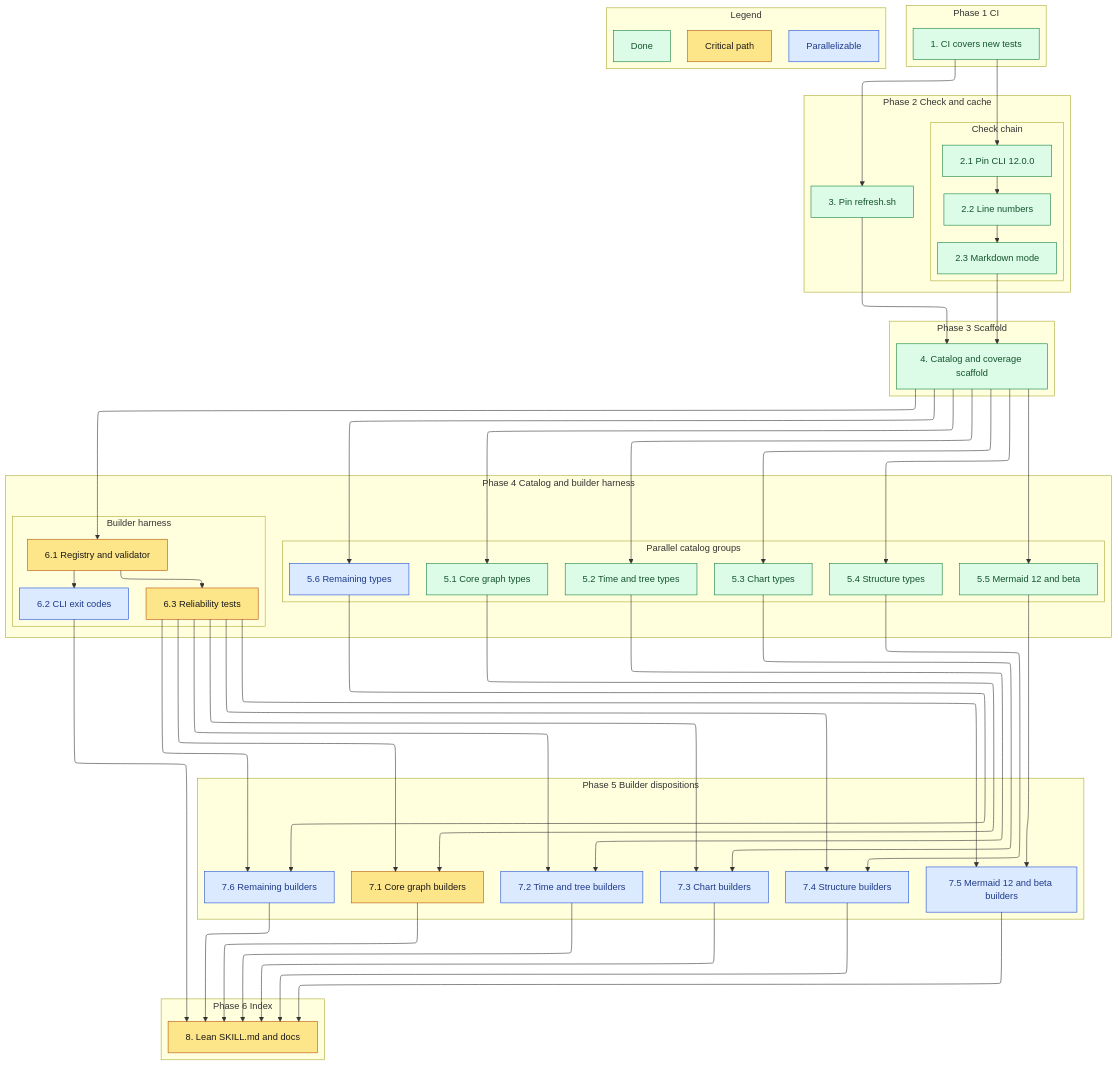
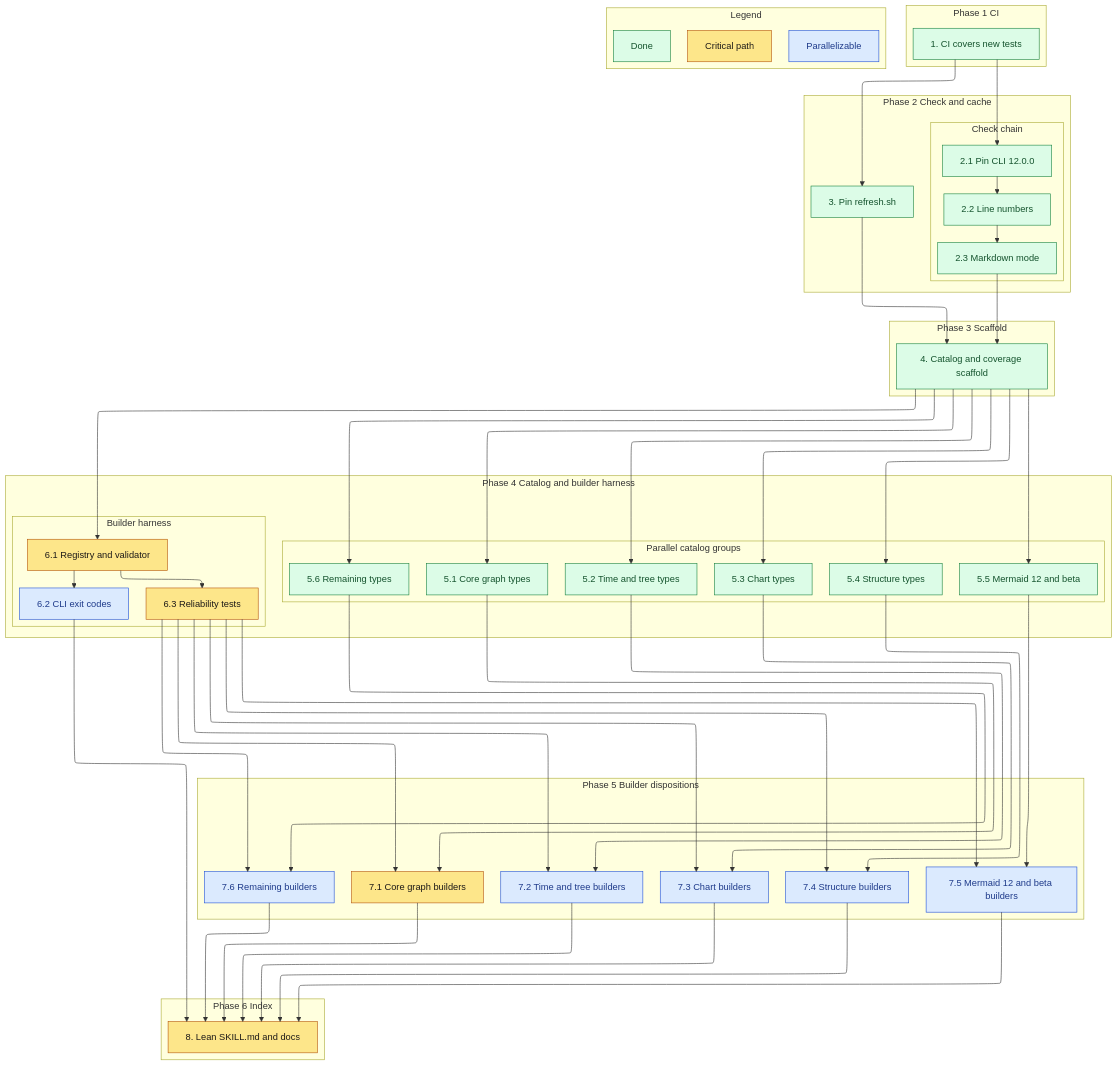
Before and after one commit to sohampatwardhan/mermaid-skill: the diagram in .kiro/specs/mermaid-catalog/tasks.md, drawn with Mermaid. The commit also changed other lines of this file and 6 other files, not shown here.

````diff
--- a/.kiro/specs/mermaid-catalog/tasks.md
+++ b/.kiro/specs/mermaid-catalog/tasks.md
@@ -94,7 +94,7 @@
   classDef critical fill:#fde68a,stroke:#b45309,color:#1c1917
   classDef parallel fill:#dbeafe,stroke:#1d4ed8,color:#1e3a8a
   classDef done fill:#dcfce7,stroke:#15803d,color:#14532d
-  class t1,t2_1,t2_2,t2_3,t3,t4,t5_1,t5_2,t5_3,t5_4,t5_5,ld done
+  class t1,t2_1,t2_2,t2_3,t3,t4,t5_1,t5_2,t5_3,t5_4,t5_5,t5_6,ld done
   class t6_1,t6_3,t7_1,t8,lc critical
-  class t5_6,t6_2,t7_2,t7_3,t7_4,t7_5,t7_6,lp parallel
+  class t6_2,t7_2,t7_3,t7_4,t7_5,t7_6,lp parallel
 ```
````
